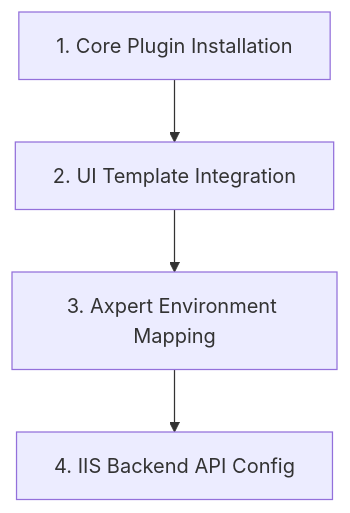
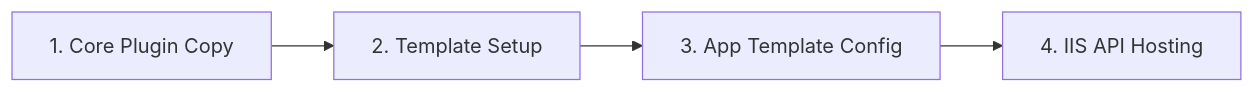
One commit to nexoviacore/Axi-CMD changed the second of 2 diagrams in AxpertPlugins/Axi_Beta/README.md. Above: the diagram before and after it, drawn with Mermaid. The commit also changed other lines of this file, not shown here.

Commit message:
docs(axi): update README.md for Axi_Beta plugin

````diff
--- a/AxpertPlugins/Axi_Beta/README.md
+++ b/AxpertPlugins/Axi_Beta/README.md
@@ -20,6 +77,6 @@
 ```mermaid
-graph TD
-    A[1. Core Plugin Installation] --> B[2. UI Template Integration]
-    B --> C[3. Axpert Environment Mapping]
-    C --> D[4. IIS Backend API Config]
+graph LR
+    Step1[1. Core Plugin Copy] --> Step2[2. Template Setup]
+    Step2 --> Step3[3. App Template Config]
+    Step3 --> Step4[4. IIS API Hosting]
 ```
````
